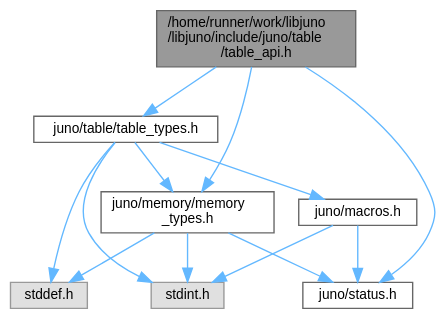
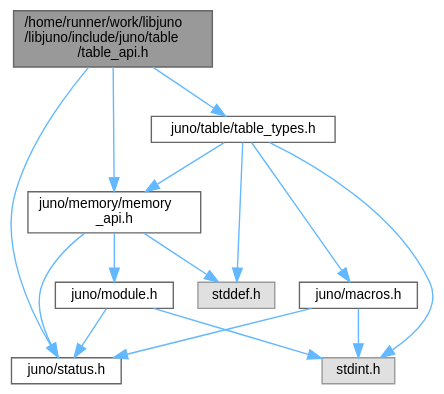
Before and after one commit to robinonsay/libjuno: the diagram in table__api_8h__incl.dot, drawn with Graphviz. The commit also changed 208 other files, not shown here.

```diff
--- a/table__api_8h__incl.dot
+++ b/table__api_8h__incl.dot
@@ -1,26 +1,29 @@
 digraph "/home/runner/work/libjuno/libjuno/include/juno/table/table_api.h"
 {
  // LATEX_PDF_SIZE
   bgcolor="transparent";
   edge [fontname=Helvetica,fontsize=10,labelfontname=Helvetica,labelfontsize=10];
   node [fontname=Helvetica,fontsize=10,shape=box,height=0.2,width=0.4];
   Node1 [id="Node000001",label="/home/runner/work/libjuno\l/libjuno/include/juno/table\l/table_api.h",height=0.2,width=0.4,color="gray40", fillcolor="grey60", style="filled", fontcolor="black",tooltip=" "];
   Node1 -> Node2 [id="edge1_Node000001_Node000002",color="steelblue1",style="solid",tooltip=" "];
-  Node2 [id="Node000002",label="juno/memory/memory\l_types.h",height=0.2,width=0.4,color="grey40", fillcolor="white", style="filled",URL="$memory__types_8h.html",tooltip=" "];
+  Node2 [id="Node000002",label="juno/memory/memory\l_api.h",height=0.2,width=0.4,color="grey40", fillcolor="white", style="filled",URL="$memory__api_8h.html",tooltip=" "];
   Node2 -> Node3 [id="edge2_Node000002_Node000003",color="steelblue1",style="solid",tooltip=" "];
-  Node3 [id="Node000003",label="stddef.h",height=0.2,width=0.4,color="grey60", fillcolor="#E0E0E0", style="filled",tooltip=" "];
+  Node3 [id="Node000003",label="juno/status.h",height=0.2,width=0.4,color="grey40", fillcolor="white", style="filled",URL="$status_8h.html",tooltip=" "];
   Node2 -> Node4 [id="edge3_Node000002_Node000004",color="steelblue1",style="solid",tooltip=" "];
-  Node4 [id="Node000004",label="stdint.h",height=0.2,width=0.4,color="grey60", fillcolor="#E0E0E0", style="filled",tooltip=" "];
-  Node2 -> Node5 [id="edge4_Node000002_Node000005",color="steelblue1",style="solid",tooltip=" "];
-  Node5 [id="Node000005",label="juno/status.h",height=0.2,width=0.4,color="grey40", fillcolor="white", style="filled",URL="$status_8h.html",tooltip=" "];
-  Node1 -> Node6 [id="edge5_Node000001_Node000006",color="steelblue1",style="solid",tooltip=" "];
-  Node6 [id="Node000006",label="juno/table/table_types.h",height=0.2,width=0.4,color="grey40", fillcolor="white", style="filled",URL="$table__types_8h.html",tooltip=" "];
-  Node6 -> Node7 [id="edge6_Node000006_Node000007",color="steelblue1",style="solid",tooltip=" "];
-  Node7 [id="Node000007",label="juno/macros.h",height=0.2,width=0.4,color="grey40", fillcolor="white", style="filled",URL="$macros_8h.html",tooltip=" "];
-  Node7 -> Node5 [id="edge7_Node000007_Node000005",color="steelblue1",style="solid",tooltip=" "];
-  Node7 -> Node4 [id="edge8_Node000007_Node000004",color="steelblue1",style="solid",tooltip=" "];
-  Node6 -> Node2 [id="edge9_Node000006_Node000002",color="steelblue1",style="solid",tooltip=" "];
-  Node6 -> Node4 [id="edge10_Node000006_Node000004",color="steelblue1",style="solid",tooltip=" "];
-  Node6 -> Node3 [id="edge11_Node000006_Node000003",color="steelblue1",style="solid",tooltip=" "];
-  Node1 -> Node5 [id="edge12_Node000001_Node000005",color="steelblue1",style="solid",tooltip=" "];
+  Node4 [id="Node000004",label="juno/module.h",height=0.2,width=0.4,color="grey40", fillcolor="white", style="filled",URL="$module_8h.html",tooltip=" "];
+  Node4 -> Node3 [id="edge4_Node000004_Node000003",color="steelblue1",style="solid",tooltip=" "];
+  Node4 -> Node5 [id="edge5_Node000004_Node000005",color="steelblue1",style="solid",tooltip=" "];
+  Node5 [id="Node000005",label="stdint.h",height=0.2,width=0.4,color="grey60", fillcolor="#E0E0E0", style="filled",tooltip=" "];
+  Node2 -> Node6 [id="edge6_Node000002_Node000006",color="steelblue1",style="solid",tooltip=" "];
+  Node6 [id="Node000006",label="stddef.h",height=0.2,width=0.4,color="grey60", fillcolor="#E0E0E0", style="filled",tooltip=" "];
+  Node1 -> Node7 [id="edge7_Node000001_Node000007",color="steelblue1",style="solid",tooltip=" "];
+  Node7 [id="Node000007",label="juno/table/table_types.h",height=0.2,width=0.4,color="grey40", fillcolor="white", style="filled",URL="$table__types_8h.html",tooltip=" "];
+  Node7 -> Node8 [id="edge8_Node000007_Node000008",color="steelblue1",style="solid",tooltip=" "];
+  Node8 [id="Node000008",label="juno/macros.h",height=0.2,width=0.4,color="grey40", fillcolor="white", style="filled",URL="$macros_8h.html",tooltip=" "];
+  Node8 -> Node3 [id="edge9_Node000008_Node000003",color="steelblue1",style="solid",tooltip=" "];
+  Node8 -> Node5 [id="edge10_Node000008_Node000005",color="steelblue1",style="solid",tooltip=" "];
+  Node7 -> Node2 [id="edge11_Node000007_Node000002",color="steelblue1",style="solid",tooltip=" "];
+  Node7 -> Node5 [id="edge12_Node000007_Node000005",color="steelblue1",style="solid",tooltip=" "];
+  Node7 -> Node6 [id="edge13_Node000007_Node000006",color="steelblue1",style="solid",tooltip=" "];
+  Node1 -> Node3 [id="edge14_Node000001_Node000003",color="steelblue1",style="solid",tooltip=" "];
 }
```
